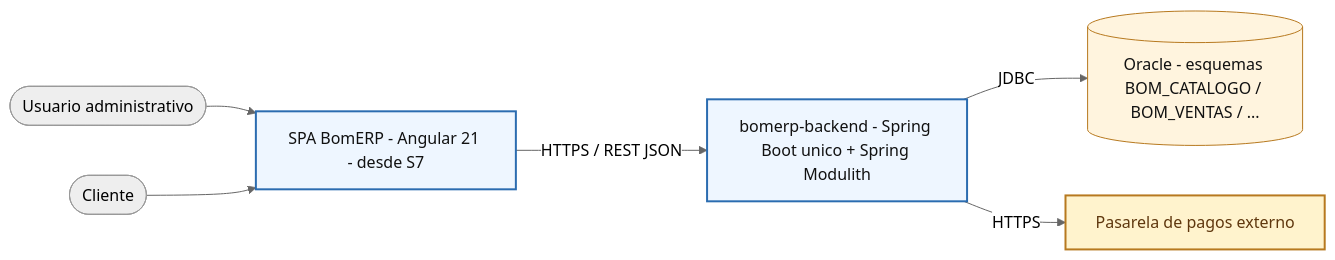
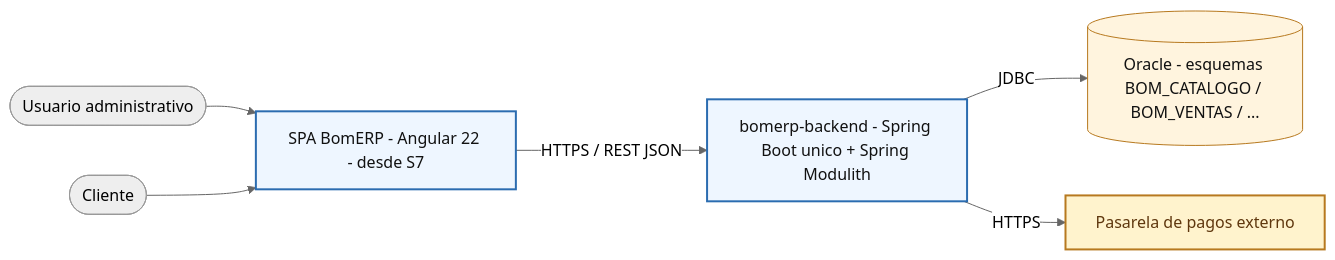
The tenth of 12 diagrams in docs/ads/sesiones/S02_Modelo_C4_Vistas_Arquitectonicas.md (262ciclo4/bomerp), drawn with Mermaid (neutral theme) before and after one commit. The commit also changed other lines of this file and 7 other files, not shown here.

````diff
--- a/docs/ads/sesiones/S02_Modelo_C4_Vistas_Arquitectonicas.md
+++ b/docs/ads/sesiones/S02_Modelo_C4_Vistas_Arquitectonicas.md
@@ -471,22 +471,22 @@
 ```mermaid
 flowchart LR
     Usuario(["Usuario administrativo"])
     Cliente(["Cliente"])
-    SPA["SPA BomERP - Angular 21 - desde S7"]
+    SPA["SPA BomERP - Angular 22 - desde S7"]
     API["bomerp-backend - Spring Boot unico + Spring Modulith"]
     DB[("Oracle - esquemas BOM_CATALOGO / BOM_VENTAS / ...")]
     Pagos["Pasarela de pagos externo"]
 
     Usuario --> SPA
     Cliente --> SPA
     SPA -->|"HTTPS / REST JSON"| API
     API -->|"JDBC"| DB
     API -->|"HTTPS"| Pagos
 
     classDef container fill:#eef6ff,stroke:#2b6cb0,stroke-width:2px,color:#111;
     classDef db fill:#fff4de,stroke:#b7791f,color:#111;
     classDef external fill:#fff3cd,stroke:#b7791f,stroke-width:2px,color:#5f370e;
     class SPA,API container;
     class DB db;
     class Pagos external;
 ```
````
